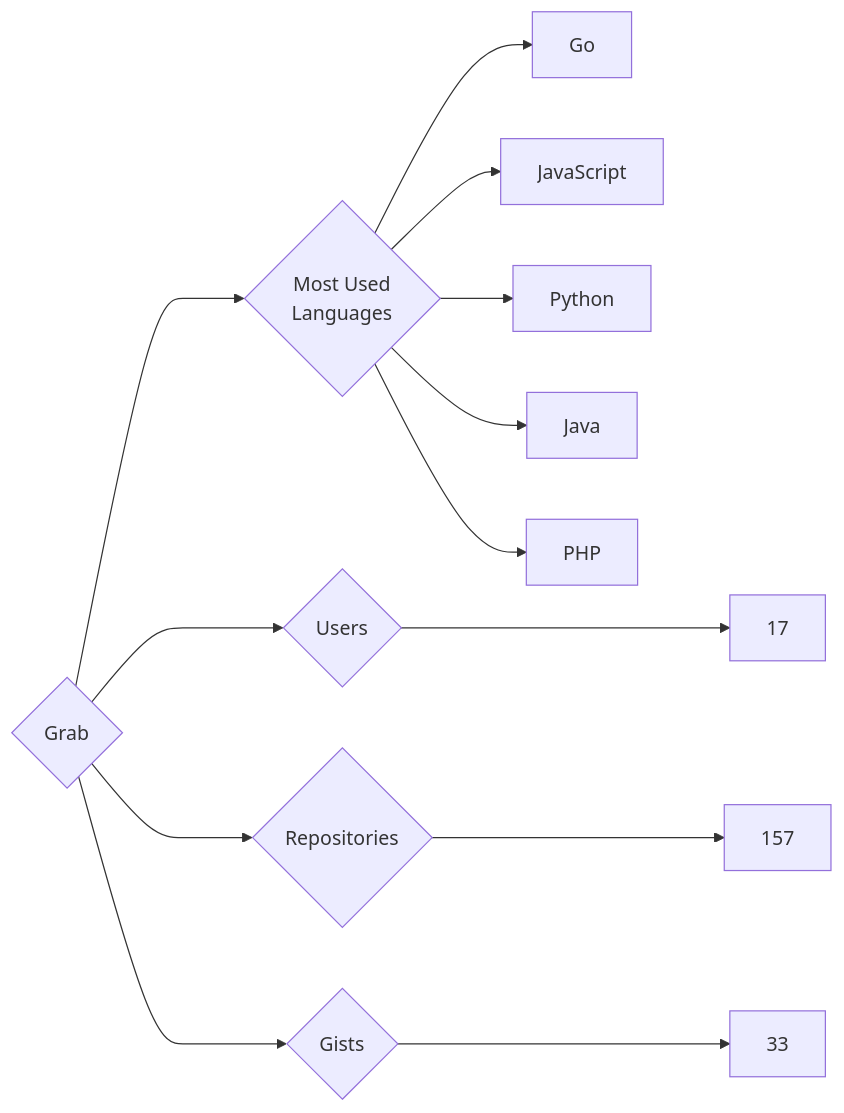
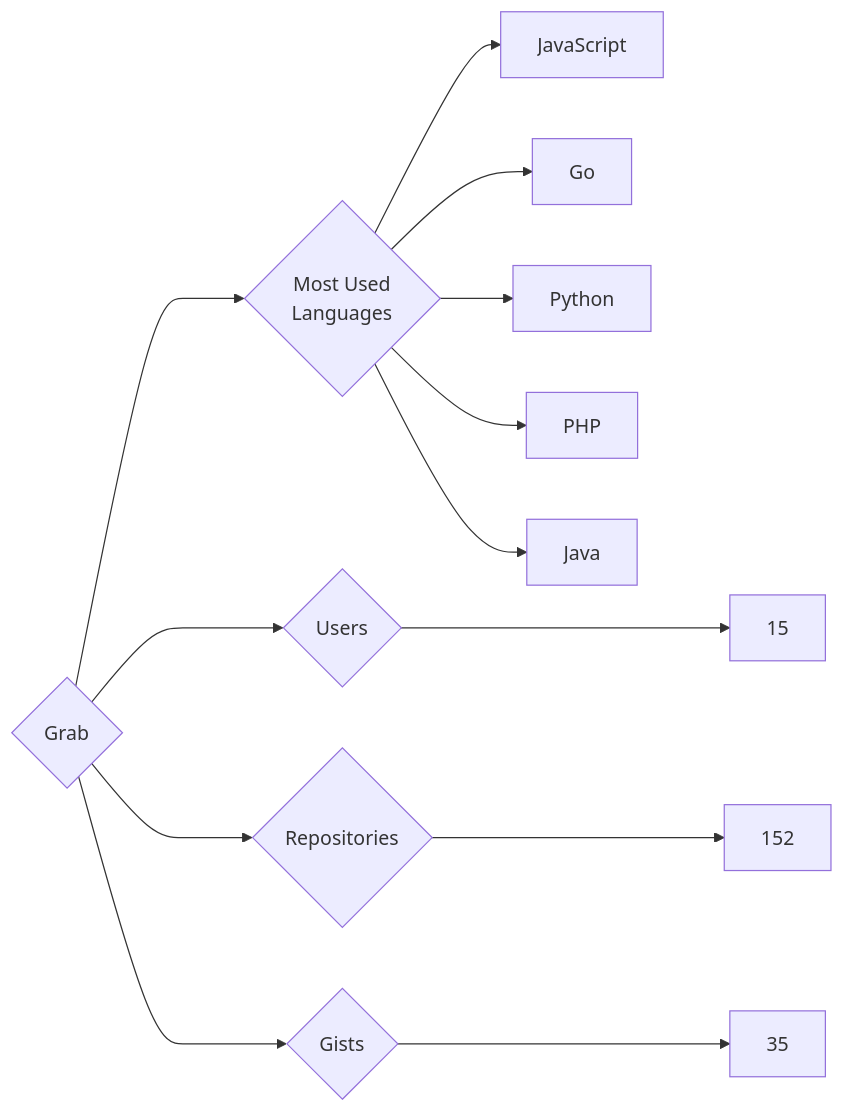
One commit to trickest/insiders changed the diagram in targets/Grab/README.md. Above: the diagram before and after it, drawn with Mermaid. The commit also changed 750 other files, not shown here.

````diff
--- a/targets/Grab/README.md
+++ b/targets/Grab/README.md
@@ -3,13 +3,13 @@
 ```mermaid
 graph LR
 COMPANY_NAME{Grab}
-COMPANY_NAME ---> U{Users} ---> UN[17]
-COMPANY_NAME ---> R{Repositories} ---> RN[157]
-COMPANY_NAME ---> G{Gists} ---> GN[33]
+COMPANY_NAME ---> U{Users} ---> UN[15]
+COMPANY_NAME ---> R{Repositories} ---> RN[152]
+COMPANY_NAME ---> G{Gists} ---> GN[35]
 COMPANY_NAME ---> ML{Most Used<br>Languages}
+ML --> JavaScript[JavaScript]
 ML --> Go[Go]
-ML --> JavaScript[JavaScript]
 ML --> Python[Python]
+ML --> PHP[PHP]
 ML --> Java[Java]
-ML --> PHP[PHP]
 ```
````
